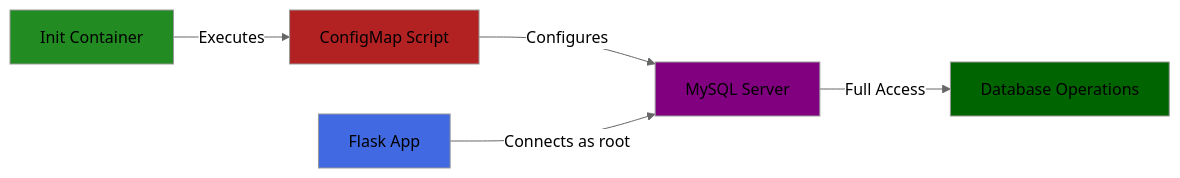
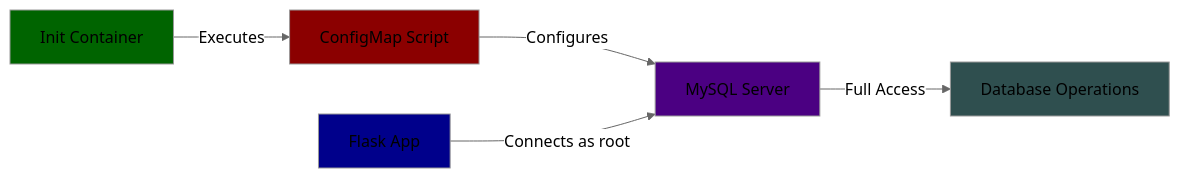
The second of 2 diagrams in README.md (dvirmoyal/world-of-game), drawn with Mermaid (neutral theme) before and after one commit. The commit also changed other lines of this file and 12 other files, not shown here.

````diff
--- a/README.md
+++ b/README.md
@@ -127,12 +63,12 @@
 ```mermaid
 graph LR
     A[Init Container] -->|Executes| B[ConfigMap Script]
     B -->|Configures| C[MySQL Server]
     D[Flask App] -->|Connects as root| C
     C -->|Full Access| E[Database Operations]
-    style A fill:#228B22
-    style B fill:#B22222
-    style C fill:#800080
-    style D fill:#4169E1
-    style E fill:#006400
+    style A fill:#006400
+    style B fill:#8B0000
+    style C fill:#4B0082
+    style D fill:#00008B
+    style E fill:#2F4F4F
 ```
````
